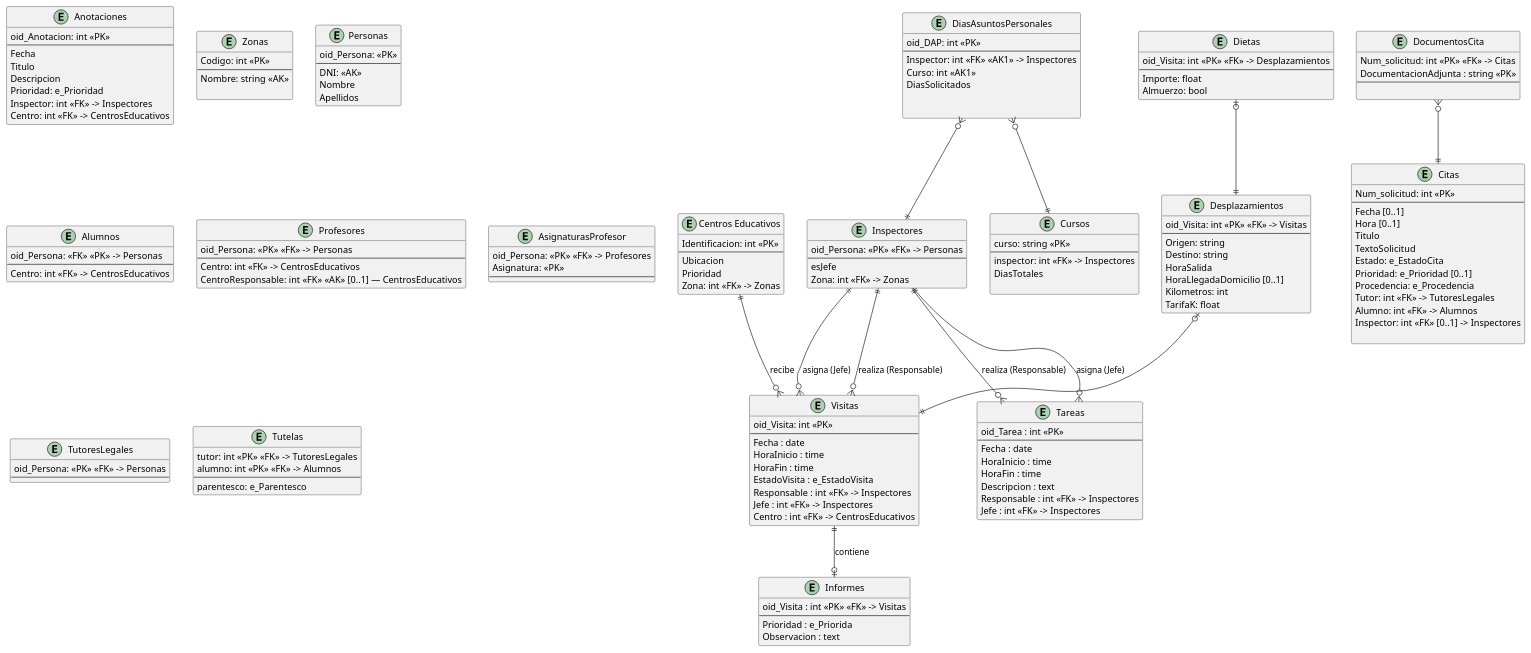
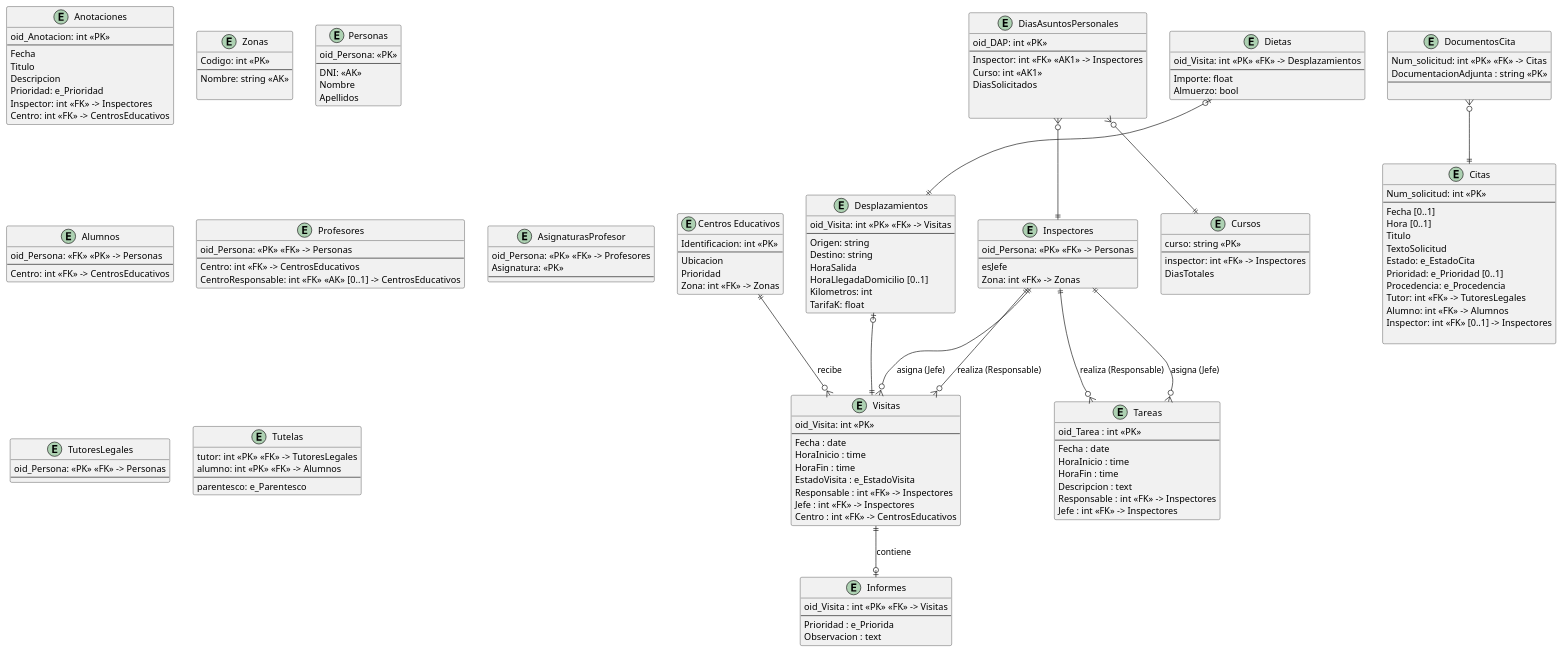
Before and after one commit to lorenzomaranon/ProyectoBD_Inspeccion_Educativa: the diagram in modelado/modelado_relacional.puml, drawn with PlantUML. The commit also changed 1 other file, not shown here.

```diff
--- a/modelado/modelado_relacional.puml
+++ b/modelado/modelado_relacional.puml
@@ -1,191 +1,191 @@
 @startuml modelado_relacional
 hide methods
 skinparam ClassAttributeIconSize 0
 
 
 entity "Centros Educativos" as CentrosEducativos {
     Identificacion: int <<PK>>
     --
     Ubicacion
     Prioridad
     Zona: int <<FK>> -> Zonas
 }
 
 
 entity DocumentosCita {
     Num_solicitud: int <<PK>> <<FK>> -> Citas
     DocumentacionAdjunta : string <<PK>>
     --
      
 }
 entity Citas {
     Num_solicitud: int <<PK>> 
     --
     Fecha [0..1]
     Hora [0..1]
     Titulo
     TextoSolicitud
     Estado: e_EstadoCita
     Prioridad: e_Prioridad [0..1]
     Procedencia: e_Procedencia
     Tutor: int <<FK>> -> TutoresLegales
     Alumno: int <<FK>> -> Alumnos
     Inspector: int <<FK>> [0..1] -> Inspectores
 
 }
 
 entity Anotaciones {
     oid_Anotacion: int <<PK>>
     --
     Fecha
     Titulo
     Descripcion
     Prioridad: e_Prioridad
     Inspector: int <<FK>> -> Inspectores
     Centro: int <<FK>> -> CentrosEducativos
 }
 
 
 
 entity Visitas {
     oid_Visita: int <<PK>>
     --
     Fecha : date
     HoraInicio : time
     HoraFin : time
     EstadoVisita : e_EstadoVisita
     Responsable : int <<FK>> -> Inspectores
     Jefe : int <<FK>> -> Inspectores
     Centro : int <<FK>> -> CentrosEducativos
 }
 
 entity Informes {
     oid_Visita : int <<PK>> <<FK>> -> Visitas
     --
     Prioridad : e_Priorida
     Observacion : text
 }
 
 entity Tareas {
     oid_Tarea : int <<PK>>
     --
     Fecha : date
     HoraInicio : time
     HoraFin : time
     Descripcion : text
     Responsable : int <<FK>> -> Inspectores
     Jefe : int <<FK>> -> Inspectores
 }
 
 
 
 entity Zonas {
     Codigo: int <<PK>>
     --
     Nombre: string <<AK>>
     
 }
 
 entity Personas {
     oid_Persona: <<PK>>
     --
     DNI: <<AK>>
     Nombre
     Apellidos
 }
 
 entity Inspectores {
     oid_Persona: <<PK>> <<FK>> -> Personas
     --
     esJefe
     Zona: int <<FK>> -> Zonas
 }
 entity Alumnos {
     oid_Persona: <<FK>> <<PK>> -> Personas
     --
     Centro: int <<FK>> -> CentrosEducativos
 }
 
 entity Profesores {
     oid_Persona: <<PK>> <<FK>> -> Personas
     --
     Centro: int <<FK>> -> CentrosEducativos
-    CentroResponsable: int <<FK>> <<AK>> [0..1] — CentrosEducativos
+    CentroResponsable: int <<FK>> <<AK>> [0..1] -> CentrosEducativos
 }
 
 entity AsignaturasProfesor {
     oid_Persona: <<PK>> <<FK>> -> Profesores
     Asignatura: <<PK>>
     --
 }
 
 entity TutoresLegales {
     oid_Persona: <<PK>> <<FK>> -> Personas
     --
 }
 
 entity Tutelas {
     tutor: int <<PK>> <<FK>> -> TutoresLegales
     alumno: int <<PK>> <<FK>> -> Alumnos
     --
     parentesco: e_Parentesco
 }
 
 Inspectores ||--o{ Visitas : realiza (Responsable)
 Inspectores ||--o{ Visitas : asigna (Jefe)
 Inspectores ||--o{ Tareas : realiza (Responsable)
 Inspectores ||--o{ Tareas : asigna (Jefe)
 CentrosEducativos ||--o{ Visitas : recibe
 Visitas ||--o| Informes : contiene
 
 
 entity Desplazamientos {
     oid_Visita: int <<PK>> <<FK>> -> Visitas
     --
     Origen: string
     Destino: string
     HoraSalida
     HoraLlegadaDomicilio [0..1]
     Kilometros: int
     TarifaK: float
 }
 
 
 entity Dietas {
     oid_Visita: int <<PK>> <<FK>> -> Desplazamientos
     --
     Importe: float
     Almuerzo: bool
 }
 
 
 Desplazamientos |o--||Visitas
 Dietas |o--||Desplazamientos
 
 
 entity DiasAsuntosPersonales {
     oid_DAP: int <<PK>>
     --
     Inspector: int <<FK>> <<AK1>> -> Inspectores
     Curso: int <<AK1>>
     DiasSolicitados
     
     
 }
 
 
 entity Cursos {
     curso: string <<PK>>
     --
     inspector: int <<FK>> -> Inspectores
     DiasTotales
 
 }
 
 DiasAsuntosPersonales }o--||Cursos
 DiasAsuntosPersonales }o--||Inspectores
 
 '------- ASOCIACIONES --------------------------------------
 DocumentosCita }o--|| Citas
 
 @enduml
```
